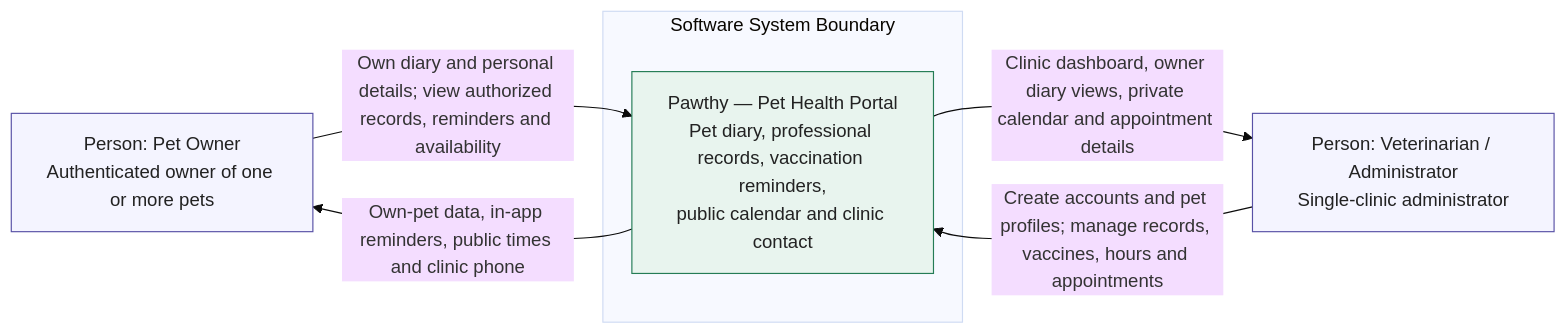
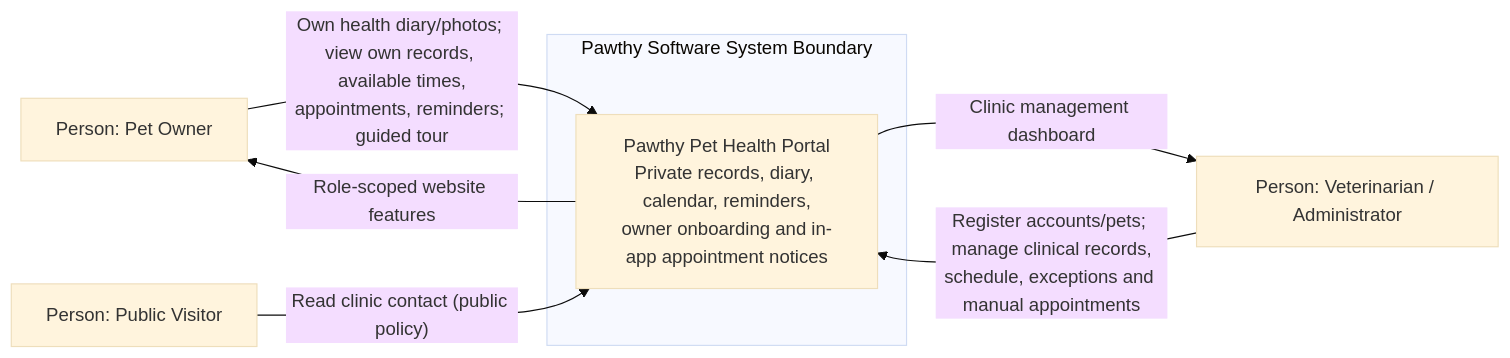
The first of 3 diagrams in docs/architecture/c4-architecture.md (Efesen10/Pawthy), drawn with Mermaid (base theme) before and after one commit. The commit also changed other lines of this file, not shown here.

Commit message:
docs(architecture): update C4 for 20 Nov SRS and identify API mismatches

````diff
--- a/docs/architecture/c4-architecture.md
+++ b/docs/architecture/c4-architecture.md
@@ -35,16 +18,14 @@
 ```mermaid
 flowchart LR
-    owner["Person: Pet Owner<br/>Authenticated owner of one or more pets"]
-    vet["Person: Veterinarian / Administrator<br/>Single-clinic administrator"]
-    subgraph boundary["Software System Boundary"]
-       pawthy["Pawthy — Pet Health Portal<br/>Pet diary, professional records, vaccination reminders,<br/>public calendar and clinic contact"]
-    end
-    owner -->|"Own diary and personal details; view authorized records, reminders and availability"| pawthy
-    pawthy -->|"Own-pet data, in-app reminders, public times and clinic phone"| owner
-    vet -->|"Create accounts and pet profiles; manage records, vaccines, hours and appointments"| pawthy
-    pawthy -->|"Clinic dashboard, owner diary views, private calendar and appointment details"| vet
-    classDef person fill:#f4f4ff,stroke:#5851a6,color:#222;
-    classDef system fill:#e8f4ee,stroke:#247c55,color:#222;
-    class owner,vet person;
-    class pawthy system;
+  OWNER["Person: Pet Owner"]
+  VET["Person: Veterinarian / Administrator"]
+  VISITOR["Person: Public Visitor"]
+  subgraph SYSTEM["Pawthy Software System Boundary"]
+    PAWTHY["Pawthy Pet Health Portal<br/>Private records, diary, calendar, reminders,<br/>owner onboarding and in-app appointment notices"]
+  end
+  OWNER -->|"Own health diary/photos; view own records, available times,<br/>appointments, reminders; guided tour"| PAWTHY
+  VET -->|"Register accounts/pets; manage clinical records,<br/>schedule, exceptions and manual appointments"| PAWTHY
+  VISITOR -->|"Read clinic contact (public policy)"| PAWTHY
+  PAWTHY -->|"Role-scoped website features"| OWNER
+  PAWTHY -->|"Clinic management dashboard"| VET
 ```
````
